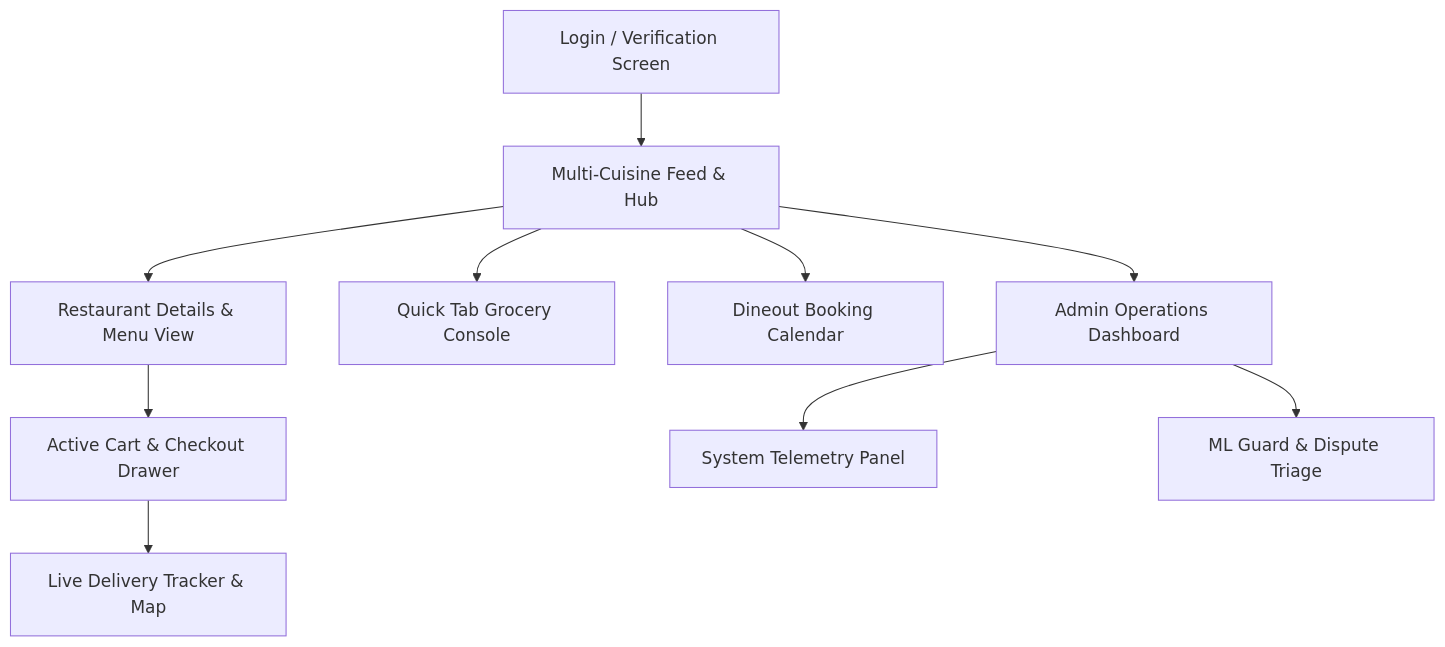
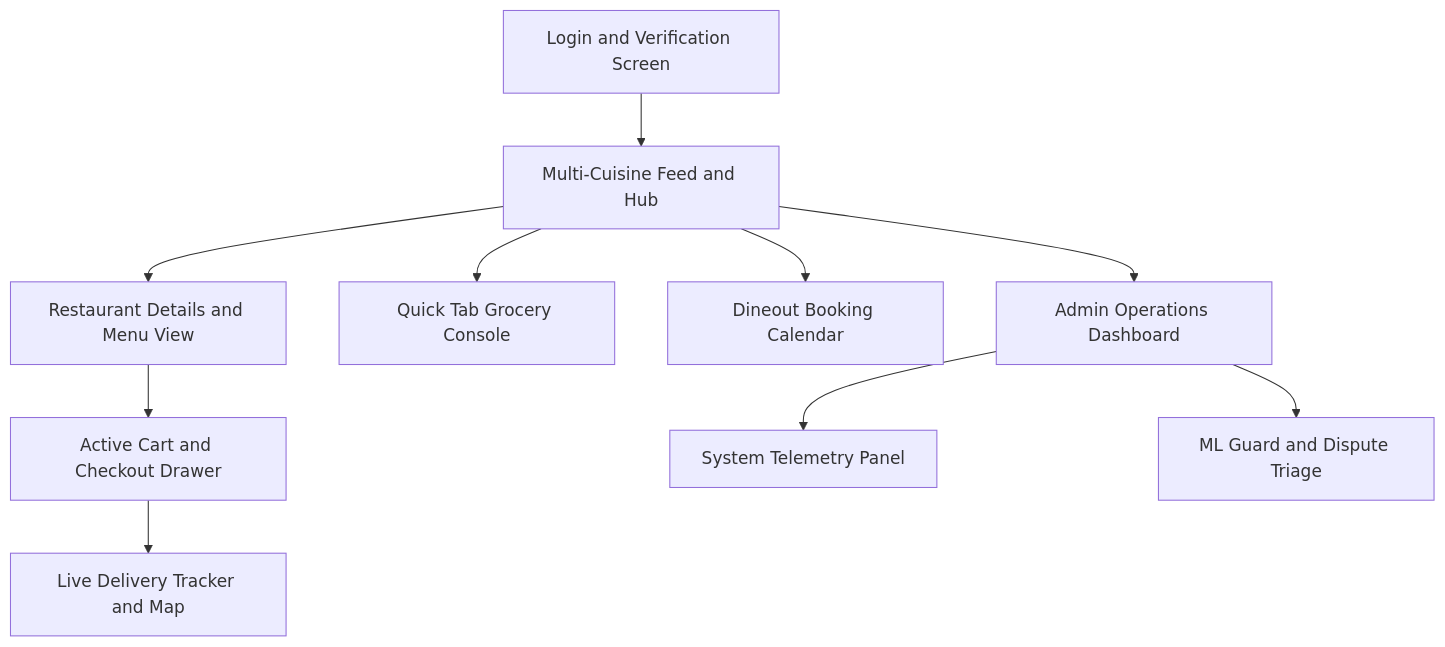
One commit to Gaurav711cgu/HyperFlow changed the diagram in docs/prd_design_spec.md. Above: the diagram before and after it, drawn with Mermaid. The commit also changed 2 other files, not shown here.

Commit message:
fix(readme): fix mermaid diagram syntax for GitHub rendering + upgrade CI workflow

````diff
--- a/docs/prd_design_spec.md
+++ b/docs/prd_design_spec.md
@@ -49,12 +49,12 @@
 ```mermaid
 graph TD
-    A[Login / Verification Screen] --> B[Multi-Cuisine Feed & Hub]
-    B --> C[Restaurant Details & Menu View]
-    B --> G[Quick Tab Grocery Console]
-    B --> J[Dineout Booking Calendar]
-    C --> D[Active Cart & Checkout Drawer]
-    D --> E[Live Delivery Tracker & Map]
-    B --> F[Admin Operations Dashboard]
-    F --> H[System Telemetry Panel]
-    F --> I[ML Guard & Dispute Triage]
+    A["Login and Verification Screen"] --> B["Multi-Cuisine Feed and Hub"]
+    B --> C["Restaurant Details and Menu View"]
+    B --> G["Quick Tab Grocery Console"]
+    B --> J["Dineout Booking Calendar"]
+    C --> D["Active Cart and Checkout Drawer"]
+    D --> E["Live Delivery Tracker and Map"]
+    B --> F["Admin Operations Dashboard"]
+    F --> H["System Telemetry Panel"]
+    F --> I["ML Guard and Dispute Triage"]
 ```
````
